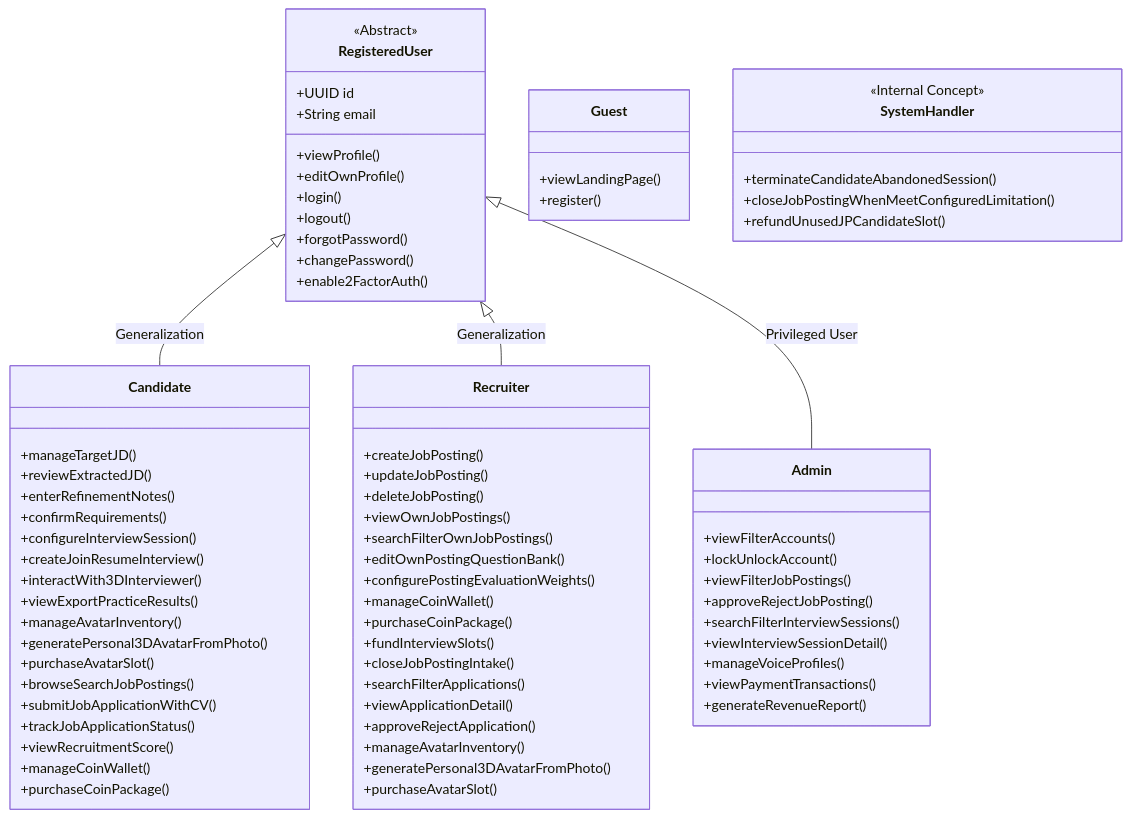
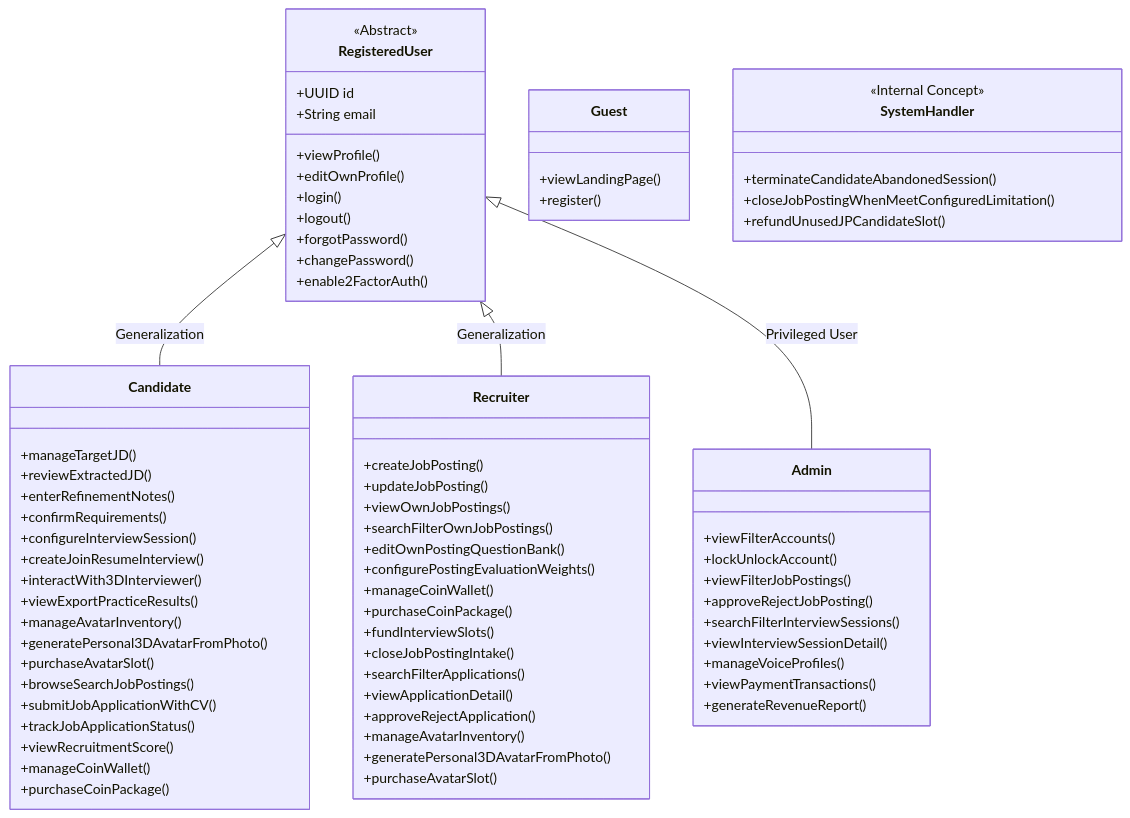
One commit to cog-forge/role-cue-brain changed the diagram in 00_Project/Actors-and-Capabilities.md. Above: the diagram before and after it, drawn with Mermaid. The commit also changed other lines of this file and 8 other files, not shown here.

```diff
--- a/00_Project/Actors-and-Capabilities.md
+++ b/00_Project/Actors-and-Capabilities.md
@@ -63,7 +63,6 @@
     class Recruiter {
         +createJobPosting()
         +updateJobPosting()
-        +deleteJobPosting()
         +viewOwnJobPostings()
         +searchFilterOwnJobPostings()
         +editOwnPostingQuestionBank()
```
